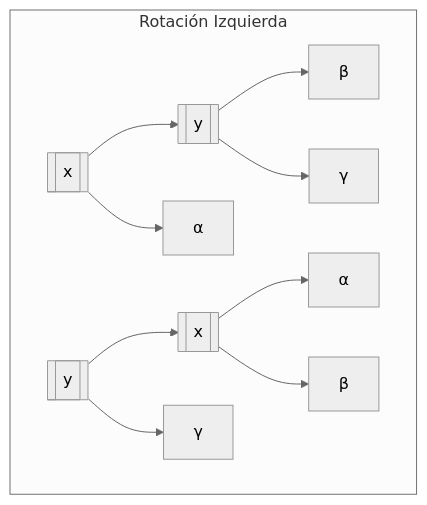
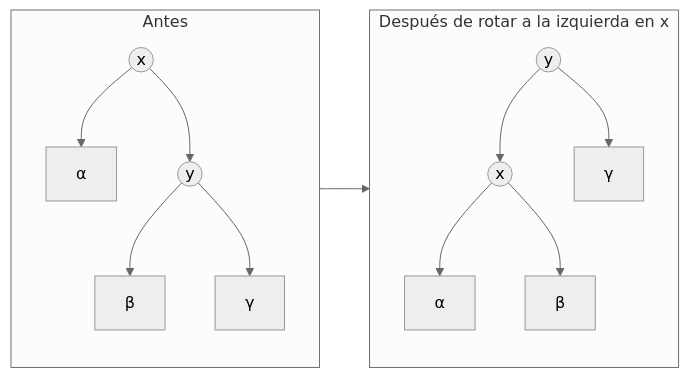
The first of 5 diagrams in public/documents/semester-3/3/3323.md (djaimej/computer-science-template), drawn with Mermaid (neutral theme) before and after one commit. The commit also changed other lines of this file and 33 other files, not shown here.

````diff
--- a/public/documents/semester-3/3/3323.md
+++ b/public/documents/semester-3/3/3323.md
@@ -41,14 +49,16 @@
 ```mermaid
-flowchart TD
-    subgraph RotaciónIzquierda [Rotación Izquierda]
-        A1[[x]] --> B1[[y]]
-        A1 --> C1[α]
-        B1 --> D1[β]
-        B1 --> E1[γ]
-
-        A2[[y]] --> B2[[x]]
-        A2 --> E2[γ]
-        B2 --> C2[α]
-        B2 --> D2[β]
+flowchart LR
+    subgraph Antes [Antes]
+        X1((x)) --> A1[α]
+        X1 --> Y1((y))
+        Y1 --> B1[β]
+        Y1 --> C1[γ]
     end
+    subgraph Despues [Después de rotar a la izquierda en x]
+        Y2((y)) --> X2((x))
+        Y2 --> C2[γ]
+        X2 --> A2[α]
+        X2 --> B2[β]
+    end
+    Antes --> Despues
 ```
````
